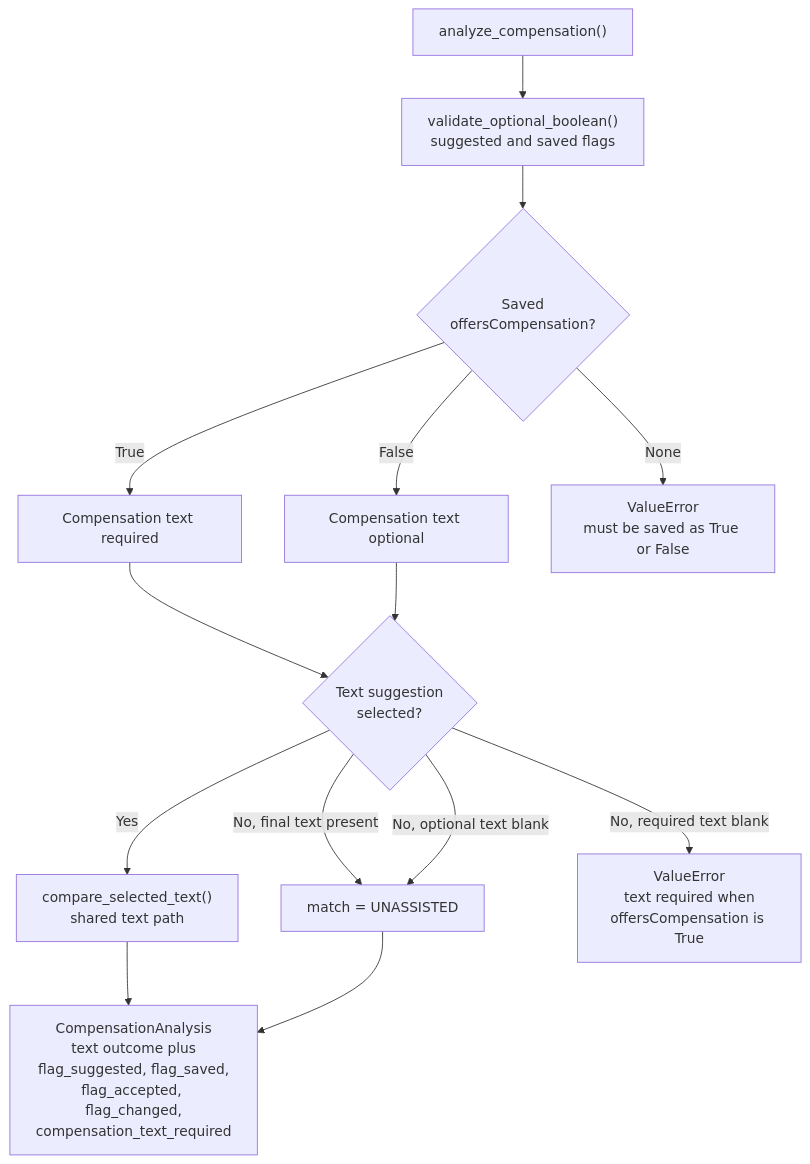
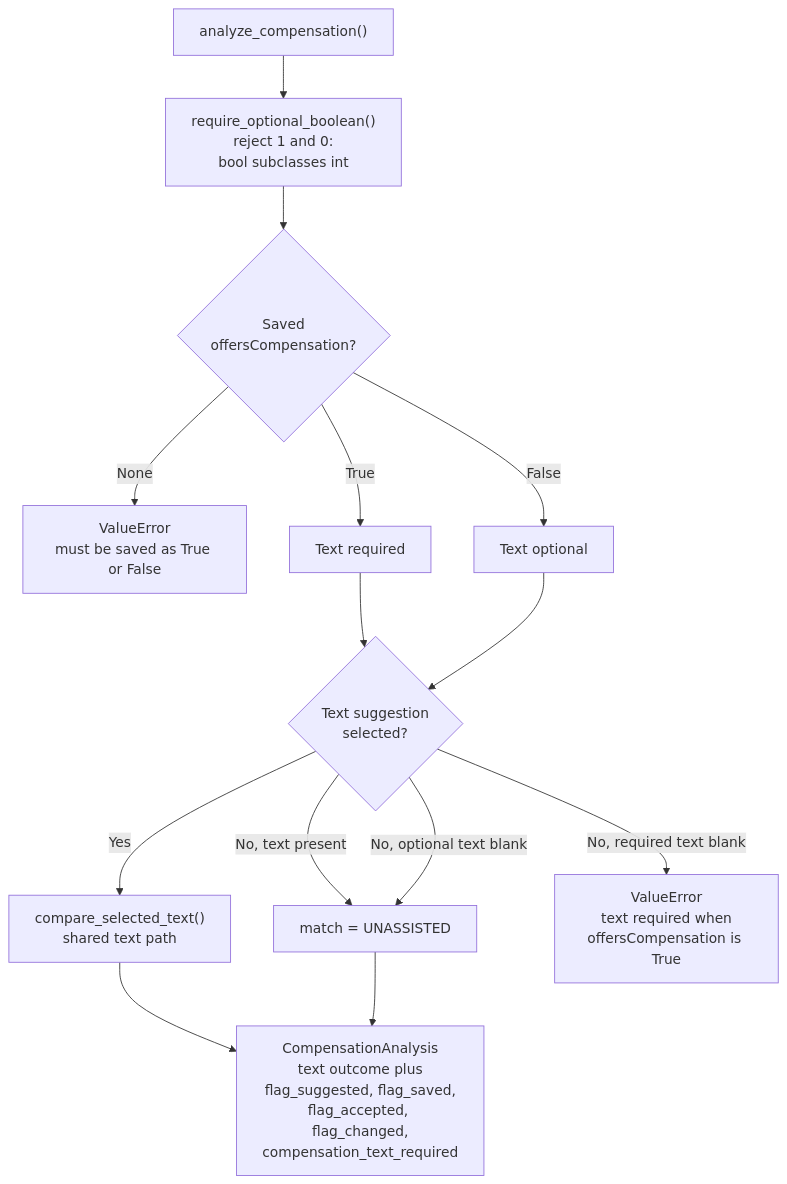
The sixth of 8 diagrams in docs/program-flow.md (umich-michr/michr-scripts), drawn with Mermaid before and after one commit. The commit also changed other lines of this file, not shown here.

Commit message:
docs: revise program flow for the narrowed library scope

````diff
--- a/docs/program-flow.md
+++ b/docs/program-flow.md
@@ -210,23 +224,23 @@
 ```mermaid
 flowchart TB
     START["analyze_compensation()"]
-    START --> VALIDATE["validate_optional_boolean()<br/>suggested and saved flags"]
+    START --> VALIDATE["require_optional_boolean()<br/>reject 1 and 0:<br/>bool subclasses int"]
     VALIDATE --> RULE{"Saved<br/>offersCompensation?"}
 
-    RULE -->|True| REQ["Compensation text required"]
-    RULE -->|False| OPT["Compensation text optional"]
     RULE -->|None| FLAG_ERR["ValueError<br/>must be saved as True or False"]
+    RULE -->|True| REQ["Text required"]
+    RULE -->|False| OPT["Text optional"]
 
     REQ --> PICKED{"Text suggestion<br/>selected?"}
     OPT --> PICKED
 
     PICKED -->|Yes| SHARED["compare_selected_text()<br/>shared text path"]
-    PICKED -->|"No, final text present"| UNASSIST["match = UNASSISTED"]
+    PICKED -->|"No, text present"| UNASSIST["match = UNASSISTED"]
     PICKED -->|"No, optional text blank"| UNASSIST
     PICKED -->|"No, required text blank"| TEXT_ERR["ValueError<br/>text required when<br/>offersCompensation is True"]
 
     SHARED --> OUT
     UNASSIST --> OUT
 
     OUT["CompensationAnalysis<br/>text outcome plus<br/>flag_suggested, flag_saved,<br/>flag_accepted, flag_changed,<br/>compensation_text_required"]
 ```
````
